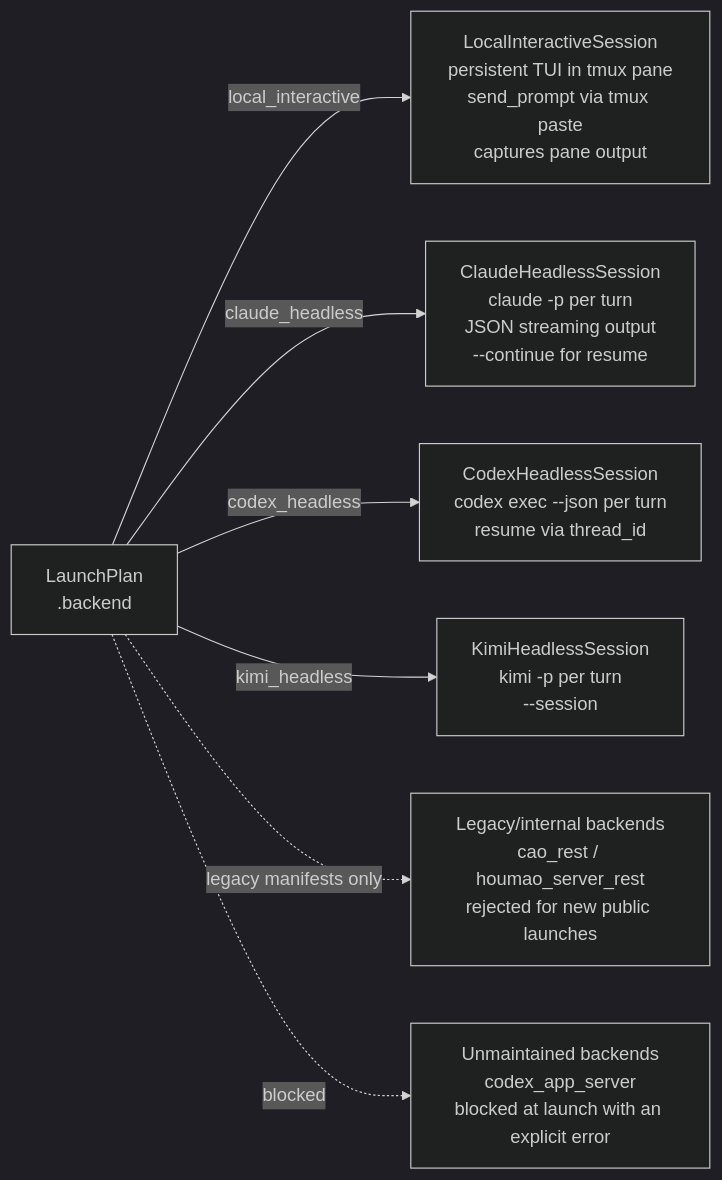
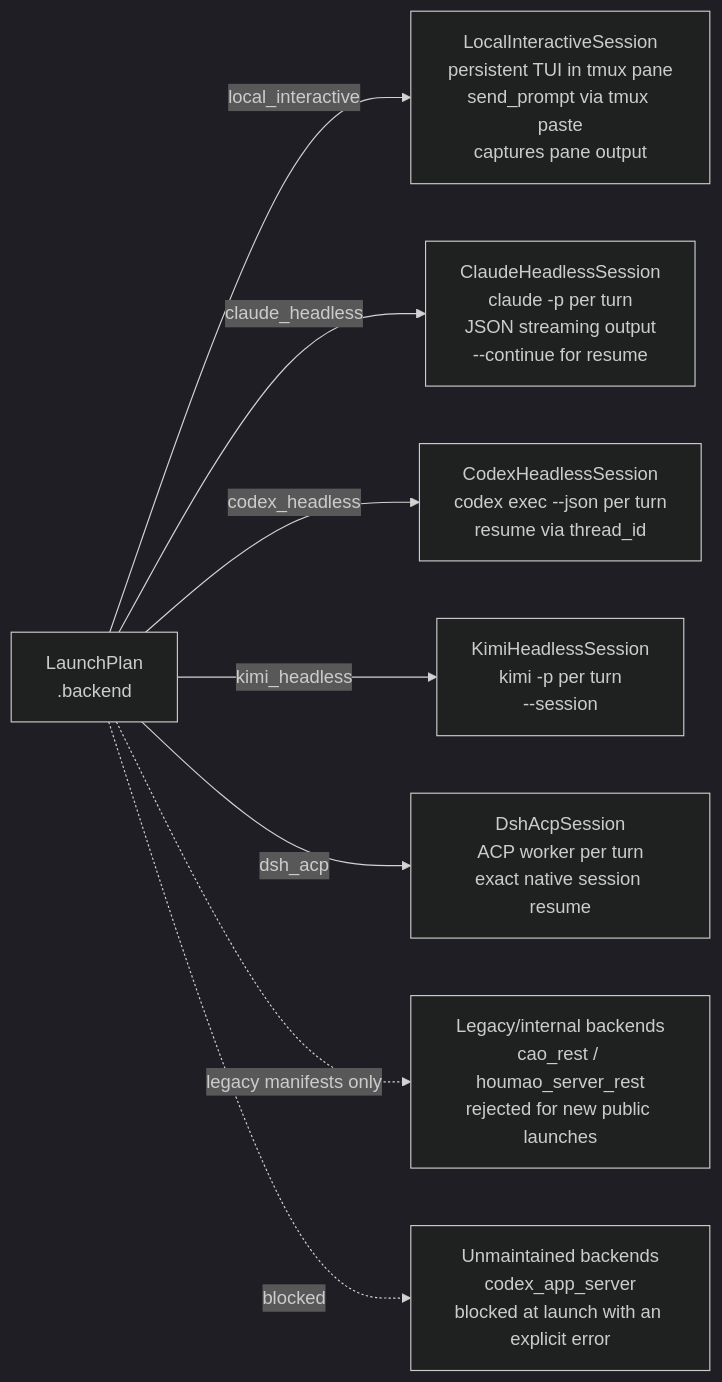
The diagram in docs/reference/run-phase/backends.md (igamenovoer/houmao), drawn with Mermaid (dark theme) before and after one commit. The commit also changed other lines of this file and 212 other files, not shown here.

````diff
--- a/docs/reference/run-phase/backends.md
+++ b/docs/reference/run-phase/backends.md
@@ -23,18 +24,20 @@
 ```mermaid
 flowchart LR
     LP["LaunchPlan<br/>.backend"]
 
     LI["LocalInteractiveSession<br/>persistent TUI in tmux pane<br/>send_prompt via tmux paste<br/>captures pane output"]
     CH["ClaudeHeadlessSession<br/>claude -p per turn<br/>JSON streaming output<br/>--continue for resume"]
     CX["CodexHeadlessSession<br/>codex exec --json per turn<br/>resume via thread_id"]
     KH["KimiHeadlessSession<br/>kimi -p per turn<br/>--session <session_id>"]
+    DS["DshAcpSession<br/>ACP worker per turn<br/>exact native session resume"]
     LEG["Legacy/internal backends<br/>cao_rest / houmao_server_rest<br/>rejected for new public launches"]
     UNM["Unmaintained backends<br/>codex_app_server<br/>blocked at launch with an explicit error"]
 
     LP -->|local_interactive| LI
     LP -->|claude_headless| CH
     LP -->|codex_headless| CX
     LP -->|kimi_headless| KH
+    LP -->|dsh_acp| DS
     LP -.->|legacy manifests only| LEG
     LP -.->|blocked| UNM
 ```
````
